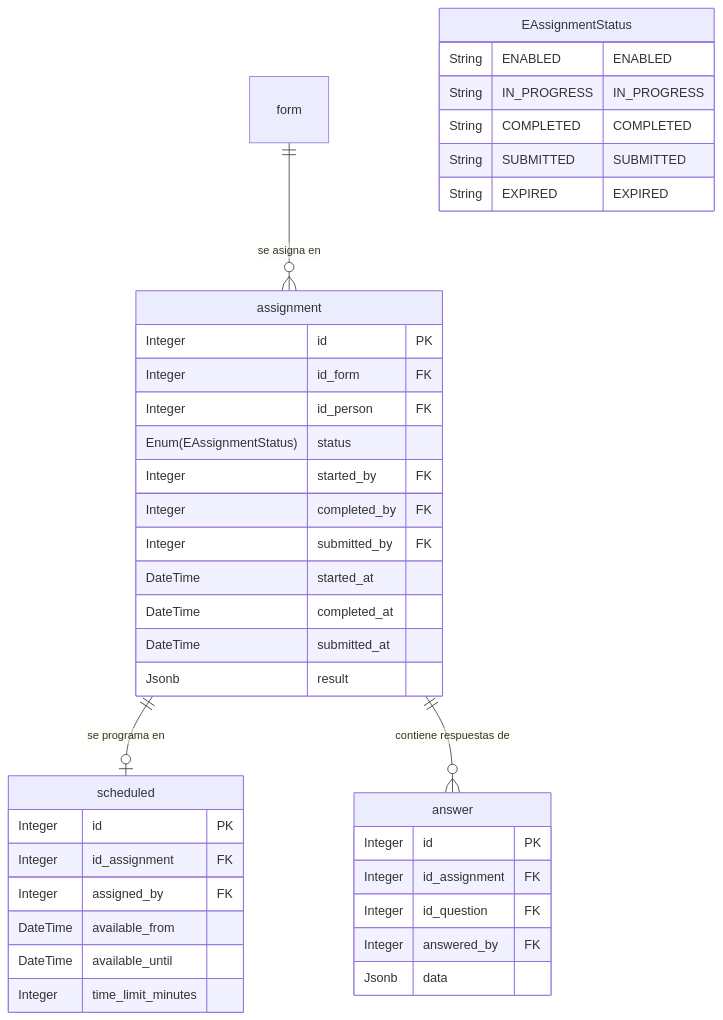
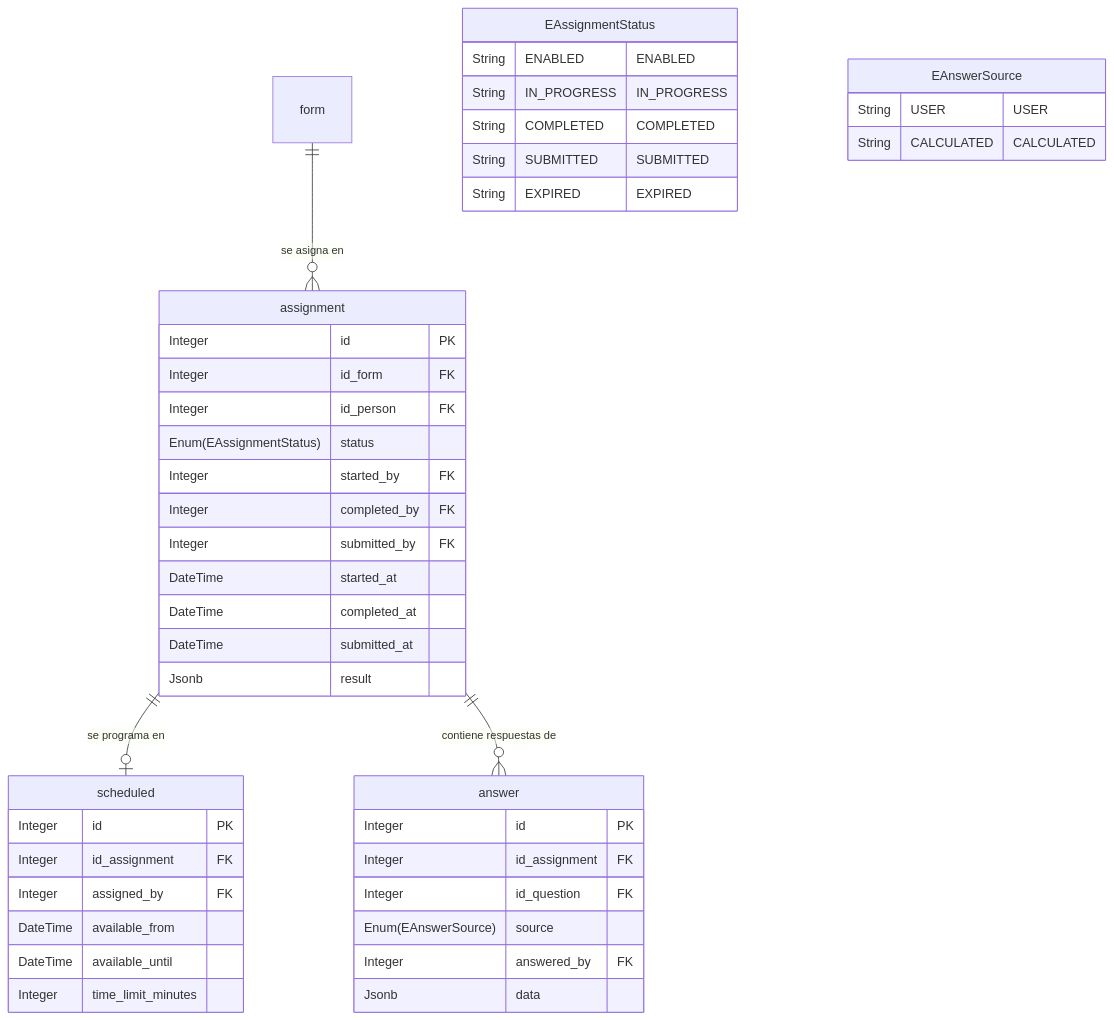
Before and after one commit to m4ck-y/dh_docs: the diagram in features/questionnaires/responses/ERD.mmd, drawn with Mermaid. The commit also changed 16 other files, not shown here.

First line of the commit message:
docs(questionnaires): close C7c with question.expression and answer.source

```diff
--- a/features/questionnaires/responses/ERD.mmd
+++ b/features/questionnaires/responses/ERD.mmd
@@ -1,107 +1,119 @@
 erDiagram
     %% ===============================================================
     %% SCHEMA form: ejecucion de cuestionarios (modelo V2: assignment
     %% como tarea/evento). Fuente de verdad: schema.sql (seccion de ejecucion).
     %% ----
     %% DECISION DE ARQUITECTURA: ASSIGNMENT COMO TAREA/EVENTO
     %% Cada reevaluacion o renovacion (manual o programada) crea una nueva
     %% fila en 'assignment'. No se usa como tabla maestra fija. El modelo V1
     %% (bd_mermaid.mmd de la referencia app_questionnaire) usaba 'response'
     %% intermedia con attempt_number y los puentes form_direct_responses /
     %% scheduled_responses; en V2 se eliminan (ver README, Diferencias V1 -> V2).
     %% ----
     %% 'form' y 'question' estan definidas en ../catalog/ERD.mmd
     %% (no se duplican bloques aqui).
     %% ----
     %% Todas las tablas heredan de BaseModel (agregados automaticamente, no se listan):
     %%   id Integer PK interno incremental, uuid UUID externo, created_at, updated_at,
     %%   deleted_at, *_by_id_user
     %% Solo se listan las columnas especificas de cada entidad.
     %% Las FK referencian el id Integer interno de la tabla destino.
     %% Las columnas *_by (started_by, completed_by, submitted_by, assigned_by,
     %% answered_by) son FK a la entidad de usuarios (otro schema); no se
     %% dibuja la relacion aqui.
     %% ===============================================================
 
     %% ============ RELACIONES ============
     %% o{ = cero o muchos: un form del catalogo puede existir sin asignaciones.
     form ||--o{ assignment : "se asigna en"
     %% o| = cero o uno: solo si un profesional programo el cuestionario; el flujo
     %% directo (paciente auto-contesta) no tiene scheduled.
     assignment ||--o| scheduled : "se programa en"
     %% o{ = cero o muchos: una assignment ENABLED (accion "Iniciar") aun no
     %% tiene respuestas.
     assignment ||--o{ answer : "contiene respuestas de"
 
     %% ============ ENUMS ============
     %% EAssignmentStatus: ciclo de vida de la tarea (CREATE TYPE en schema.sql).
     %% ENABLED      -> Front: "Cuestionario disponible" | Accion: Iniciar
     %% IN_PROGRESS  -> Front: "Continuar cuestionario" | Accion: Continuar
     %% COMPLETED    -> Front: "Revisa tus respuestas antes de enviar" | Accion: Enviar / Editar
     %% SUBMITTED    -> Front: "Cuestionario enviado" | Accion: Ver resumen/resultados (solo lectura)
     %% EXPIRED      -> Front: "El cuestionario vencio" | Accion: Ver respuestas incompletas (solo lectura)
     %% Nota V2: el estado DISABLED del modelo V1 se omite a proposito; una asignacion
     %% deshabilitada se representa con soft-delete (deleted_at de BaseModel).
     EAssignmentStatus {
         String ENABLED "ENABLED"
         String IN_PROGRESS "IN_PROGRESS"
         String COMPLETED "COMPLETED"
         String SUBMITTED "SUBMITTED"
         String EXPIRED "EXPIRED"
     }
 
+    %% EAnswerSource: origen de una respuesta (CREATE TYPE en schema.sql).
+    %% USER       -> ingresada por una persona (answered_by NOT NULL)
+    %% CALCULATED -> valor autocalculado por question.expression (answered_by NULL),
+    %%               persistido como snapshot al enviar (SUBMITTED). Ver ADR 041.
+    EAnswerSource {
+        String USER "USER"
+        String CALCULATED "CALCULATED"
+    }
+
     %% ============ ENTIDADES ============
     assignment {
         %% id_person: persona/entidad a quien se asigna el form
         %% (puede diferir de quien responde, ver answer.answered_by)
         Integer id PK
         Integer id_form FK
         Integer id_person FK
         Enum(EAssignmentStatus) status
         %% Trazabilidad y auditoria de la sesion completa (FK a usuarios)
         Integer started_by FK
         Integer completed_by FK
         Integer submitted_by FK
         DateTime started_at
         DateTime completed_at
         DateTime submitted_at
         %% Resultado definitivo de ESTA assignment. No es cache: como cada
         %% assignment es un evento unico, el resultado le pertenece.
         %% Envelope {scoring?, evaluation?, subscales?}; cada valor {value, type}.
         Jsonb result
         %% Nota V2: n_questions_total / n_questions_answered del modelo V1 NO se
         %% persisten; el progreso se calcula al vuelo desde answer.
     }
 
     %% Ventana de disponibilidad temporal para cuestionarios programados.
     %% Solo existe si un profesional programo el cuestionario: en flujos
     %% directos (paciente auto-contesta) NO hay 'scheduled'.
     scheduled {
         Integer id PK
         Integer id_assignment FK
         %% Referencia al usuario (medico/enfermera/admin/sistema) que programo.
         %% No es un enum: es un FK a la entidad de usuarios.
         Integer assigned_by FK
         DateTime available_from
         DateTime available_until
         Integer time_limit_minutes
     }
 
     %% ===============================================================
     %% DECISION DE ARQUITECTURA: TRAZABILIDAD POR PREGUNTA
     %% 'answered_by' vive en cada answer individual para auditar
     %% si una pregunta especifica la respondio el medico, tutor o paciente.
     %% ===============================================================
     answer {
         Integer id PK
         Integer id_assignment FK
         Integer id_question FK
+        %% Origen de la respuesta (EAnswerSource). Default USER.
+        Enum(EAnswerSource) source
         %% Referencia al usuario que ingreso esta respuesta puntual.
         %% Permite auditar si la contesto el medico, tutor o paciente.
         %% No es un enum: es un FK a la entidad de usuarios.
+        %% NULL solo cuando source = CALCULATED (CHECK en schema.sql).
         Integer answered_by FK
         %% data: JSONB normalizado {value, type} (CHECK en schema.sql).
         %% Mismos campos que un const del AST; type: number|string|boolean|
         %% date|datetime|duration|array_*. Las opciones guardan option.value numerico.
         Jsonb data
     }
```
